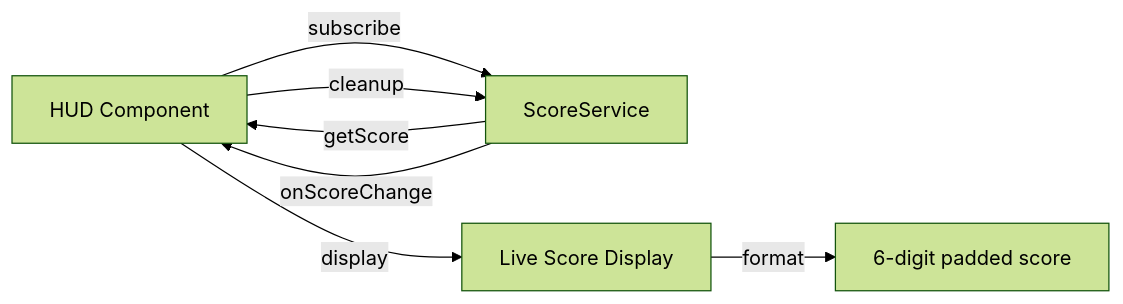
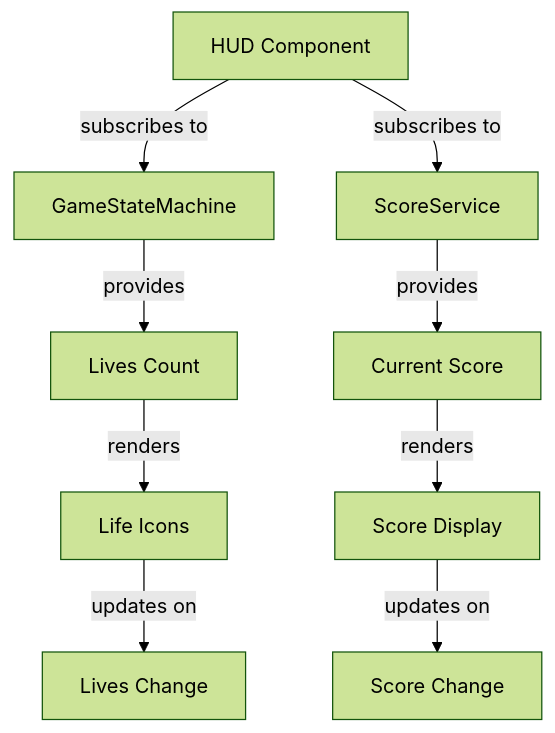
Before and after one commit to ErezSCE/PacmanClaude4: the diagram in docs/agents/junior-react-mission.md, drawn with Mermaid (forest theme). The commit also changed other lines of this file and 2 other files, not shown here.

Commit message:
[pacmanclaude4]-[US-013]-feat: work from junior-react on ASSIGN-024 (durable commit)

````diff
--- a/docs/agents/junior-react-mission.md
+++ b/docs/agents/junior-react-mission.md
@@ -23,9 +22,11 @@
 ```mermaid
-graph LR
-  A[HUD Component] -->|subscribe| B[ScoreService]
-  B -->|getScore| A
-  B -->|onScoreChange| A
-  A -->|display| C[Live Score Display]
-  C -->|format| D[6-digit padded score]
-  A -->|cleanup| B
+graph TD
+    A[HUD Component] -->|subscribes to| B[GameStateMachine]
+    A -->|subscribes to| C[ScoreService]
+    B -->|provides| D[Lives Count]
+    C -->|provides| E[Current Score]
+    D -->|renders| F[Life Icons]
+    E -->|renders| G[Score Display]
+    F -->|updates on| H[Lives Change]
+    G -->|updates on| I[Score Change]
 ```
````
